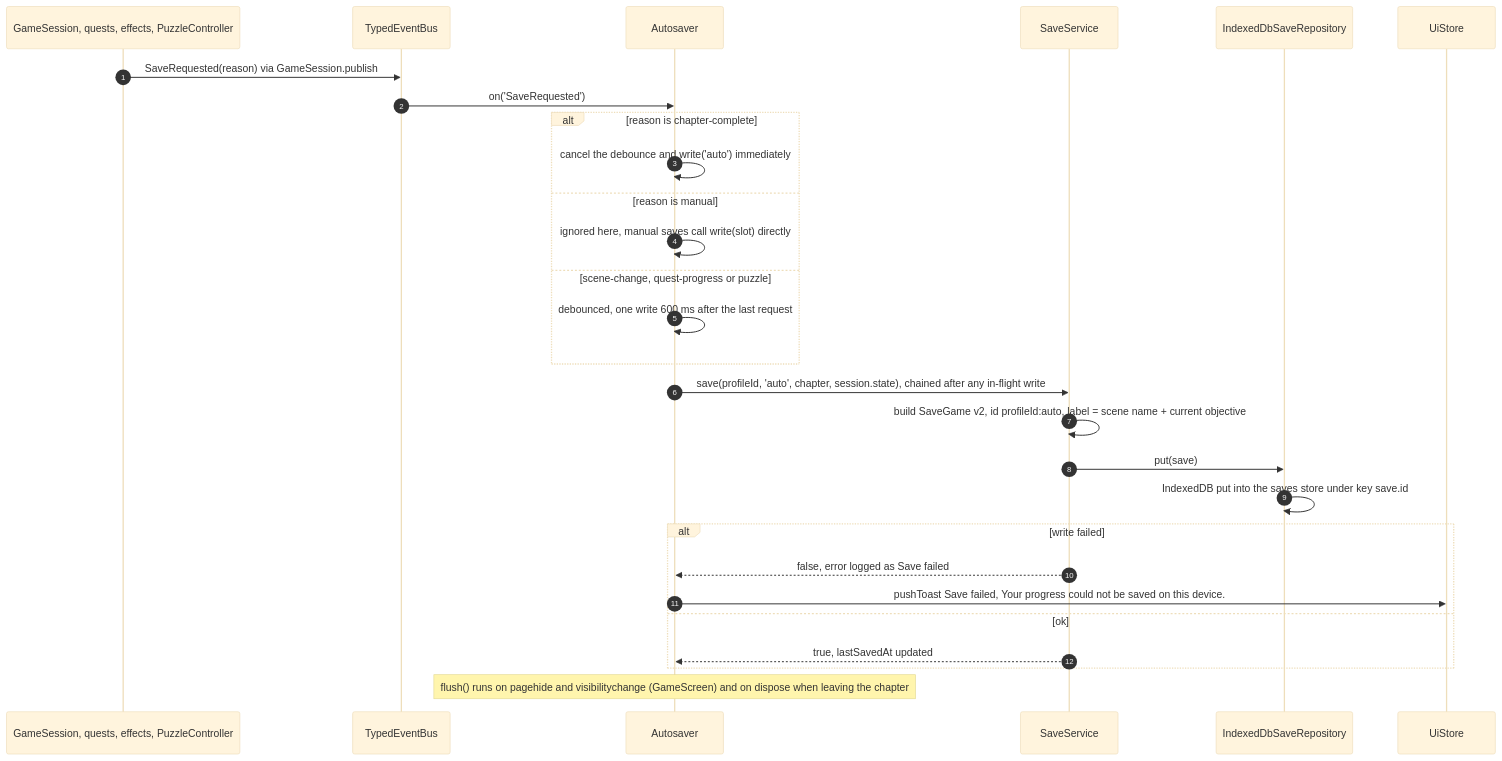
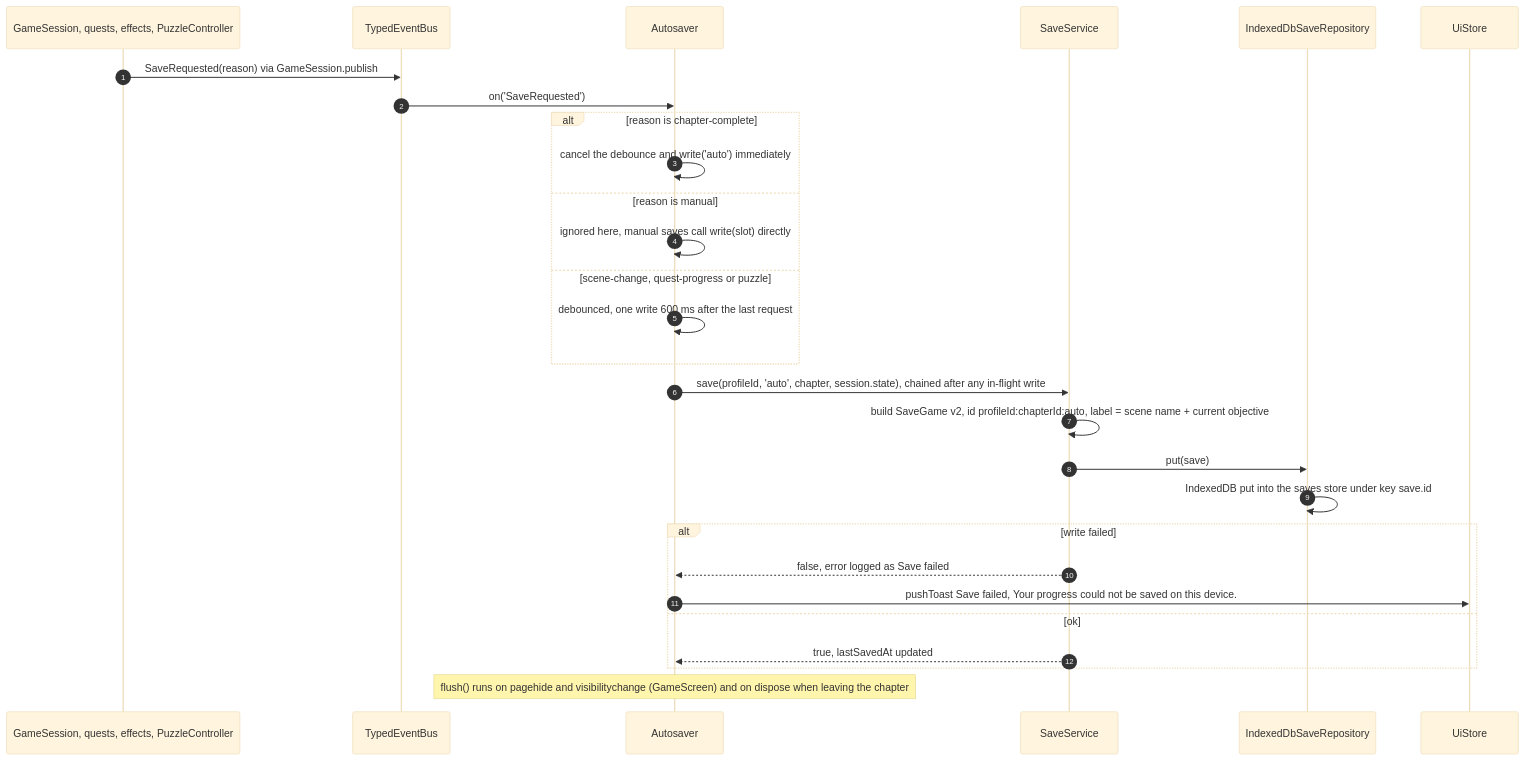
The tenth of 13 diagrams in docs/architecture.md (Zac-Harlan-Lee-Enterprises/witness), drawn with Mermaid (base theme) before and after one commit. The commit also changed 9 other files, not shown here.

First line of the commit message:
fix(saves): one save per chapter and slot; say when a save is from older content

````diff
--- a/docs/architecture.md
+++ b/docs/architecture.md
@@ -916,31 +916,31 @@
 ```mermaid
 sequenceDiagram
   autonumber
   participant SRC as GameSession, quests, effects, PuzzleController
   participant B as TypedEventBus
   participant AS as Autosaver
   participant SS as SaveService
   participant R as IndexedDbSaveRepository
   participant UI as UiStore
 
   SRC->>B: SaveRequested(reason) via GameSession.publish
   B->>AS: on('SaveRequested')
   alt reason is chapter-complete
     AS->>AS: cancel the debounce and write('auto') immediately
   else reason is manual
     AS->>AS: ignored here, manual saves call write(slot) directly
   else scene-change, quest-progress or puzzle
     AS->>AS: debounced, one write 600 ms after the last request
   end
   AS->>SS: save(profileId, 'auto', chapter, session.state), chained after any in-flight write
-  SS->>SS: build SaveGame v2, id profileId:auto, label = scene name + current objective
+  SS->>SS: build SaveGame v2, id profileId:chapterId:auto, label = scene name + current objective
   SS->>R: put(save)
   R->>R: IndexedDB put into the saves store under key save.id
   alt write failed
     SS-->>AS: false, error logged as Save failed
     AS->>UI: pushToast Save failed, Your progress could not be saved on this device.
   else ok
     SS-->>AS: true, lastSavedAt updated
   end
   Note over AS: flush() runs on pagehide and visibilitychange (GameScreen) and on dispose when leaving the chapter
 ```
````
